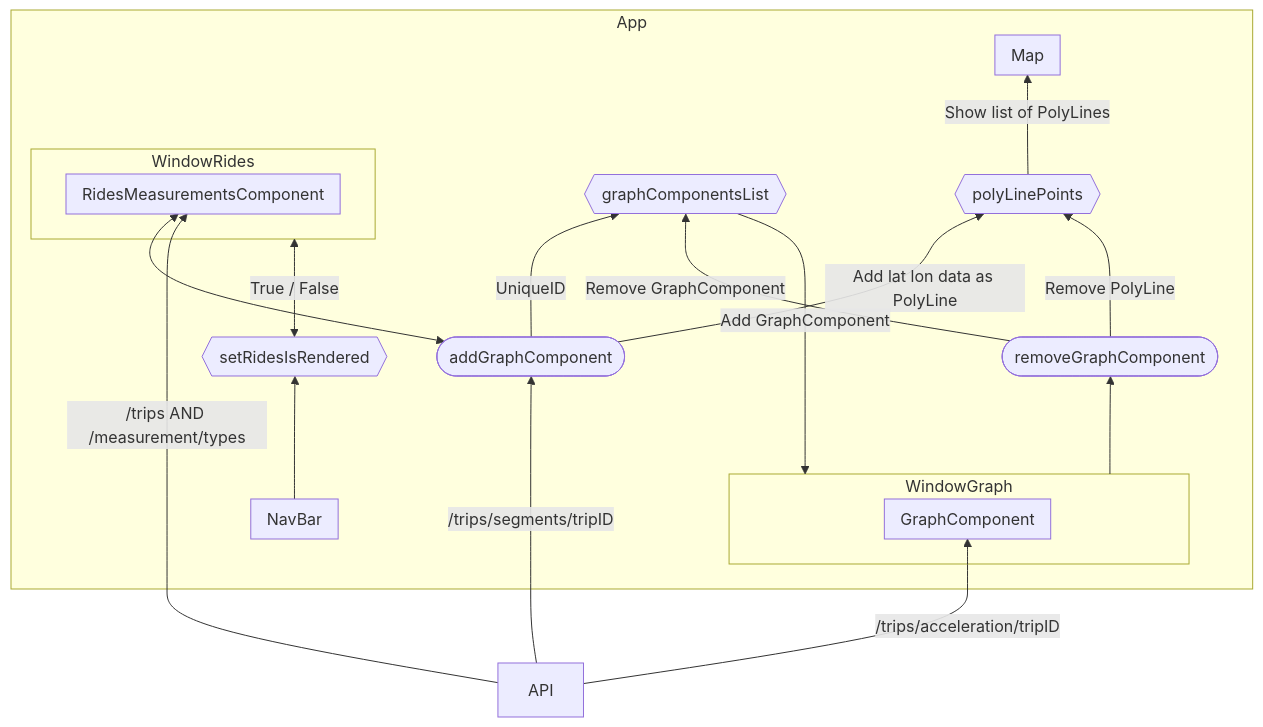
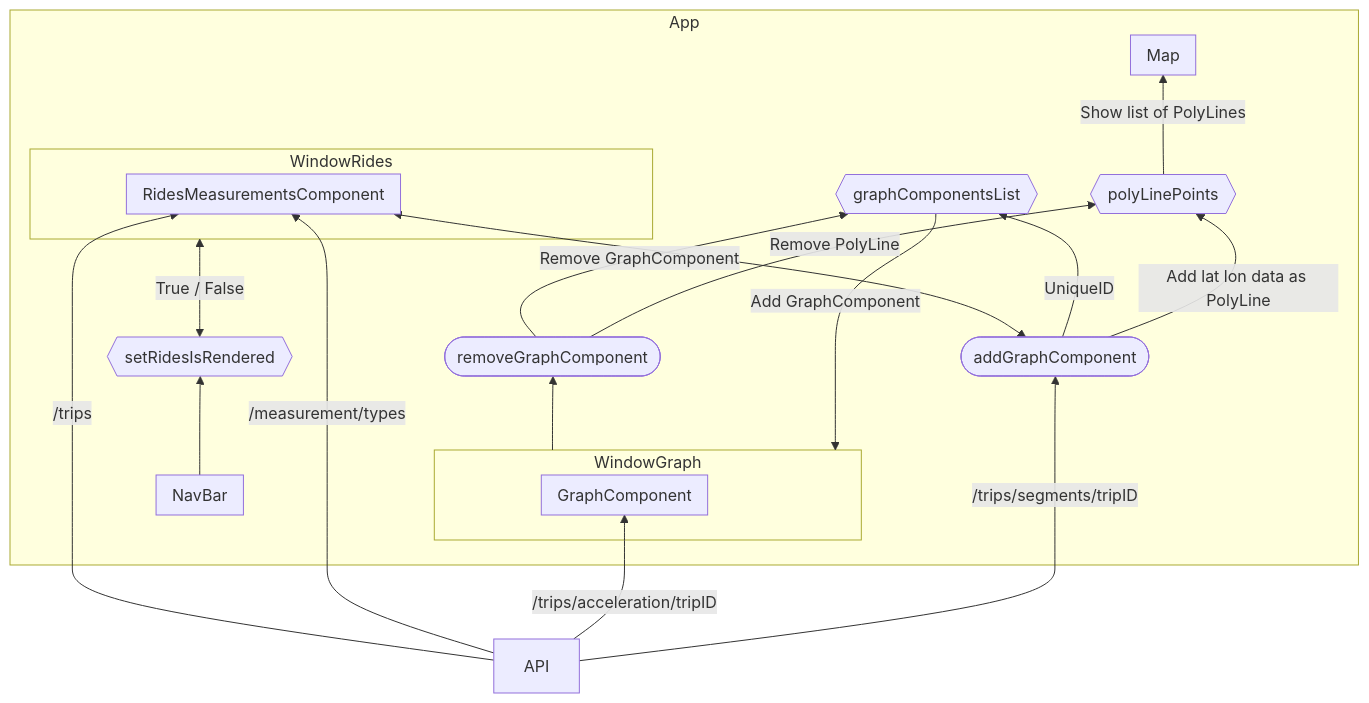
Before and after one commit to DTU-Master-Courses/LiraMapFrontEnd: the diagram in docs/overview_front_end_model.mmd, drawn with Mermaid.

Commit message:
Fixed overview model

```diff
--- a/docs/overview_front_end_model.mmd
+++ b/docs/overview_front_end_model.mmd
@@ -1,44 +1,45 @@
 flowchart BT
     subgraph App
         subgraph NavBar
         end
         subgraph WindowRides
             subgraph RidesMeasurementsComponent
             end
         end
         subgraph WindowGraph
             subgraph GraphComponent
             end
         end
         subgraph Map
         end
 
         addGraphComponent([addGraphComponent]) 
         removeGraphComponent([removeGraphComponent])
 
         graphComponentsList{{graphComponentsList}}
         polyLinePoints{{polyLinePoints}}
         setRidesIsRendered{{setRidesIsRendered}}
 
         addGraphComponent <--> RidesMeasurementsComponent
         addGraphComponent -- UniqueID --> graphComponentsList
         addGraphComponent -- Add lat lon data as PolyLine --> polyLinePoints
         
         polyLinePoints -- Show list of PolyLines --> Map
 
         removeGraphComponent -- Remove GraphComponent --> graphComponentsList
         removeGraphComponent -- Remove PolyLine --> polyLinePoints
 
         graphComponentsList -- Add GraphComponent --> WindowGraph
 
         NavBar --> setRidesIsRendered
 
         setRidesIsRendered <-- True / False --> WindowRides
 
         WindowGraph --> removeGraphComponent
         
     end
 
-    API -- /trips AND /measurement/types --> RidesMeasurementsComponent
+    API -- /trips --> RidesMeasurementsComponent
+    API -- /measurement/types --> RidesMeasurementsComponent
     API -- /trips/acceleration/tripID --> GraphComponent
     API -- /trips/segments/tripID --> addGraphComponent
```
